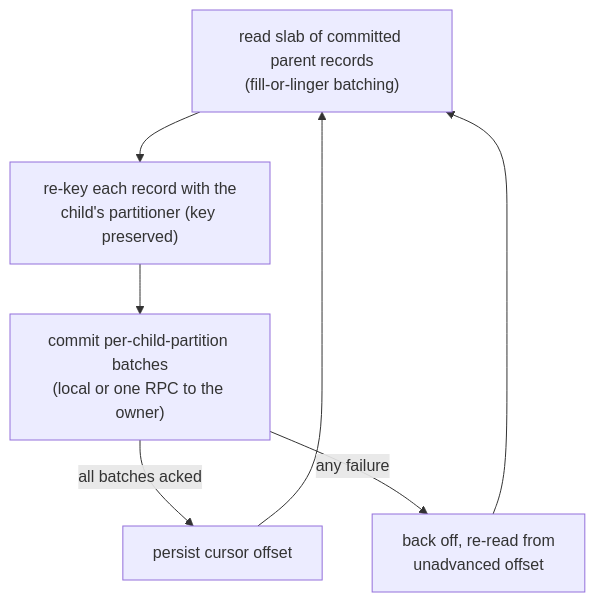
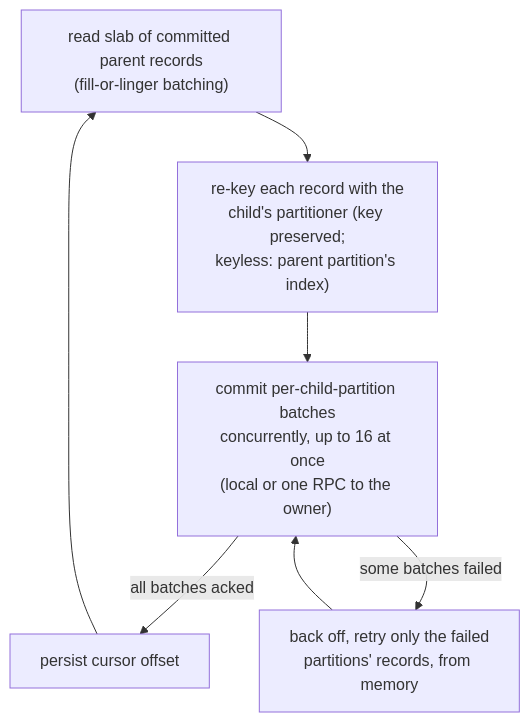
The second of 3 diagrams in docs/internals/fanout-engine.md (DebanganThakuria/narad), drawn with Mermaid before and after one commit. The commit also changed other lines of this file and 493 other files, not shown here.

````diff
--- a/docs/internals/fanout-engine.md
+++ b/docs/internals/fanout-engine.md
@@ -25,8 +25,8 @@
 ```mermaid
 flowchart TD
-    READ["read slab of committed parent records<br/>(fill-or-linger batching)"] --> REKEY["re-key each record with the<br/>child's partitioner (key preserved)"]
-    REKEY --> COMMIT["commit per-child-partition batches<br/>(local or one RPC to the owner)"]
+    READ["read slab of committed parent records<br/>(fill-or-linger batching)"] --> REKEY["re-key each record with the<br/>child's partitioner (key preserved;<br/>keyless: parent partition's index)"]
+    REKEY --> COMMIT["commit per-child-partition batches<br/>concurrently, up to 16 at once<br/>(local or one RPC to the owner)"]
     COMMIT -->|all batches acked| PERSIST["persist cursor offset"]
     PERSIST --> READ
-    COMMIT -->|any failure| RETRY["back off, re-read from<br/>unadvanced offset"] --> READ
+    COMMIT -->|some batches failed| RETRY["back off, retry only the failed<br/>partitions' records, from memory"] --> COMMIT
 ```
````
